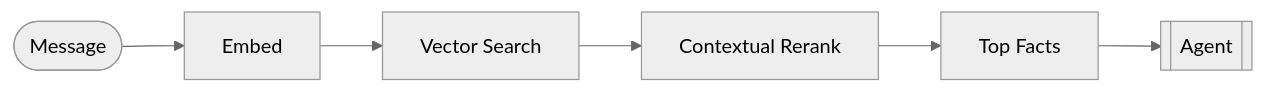
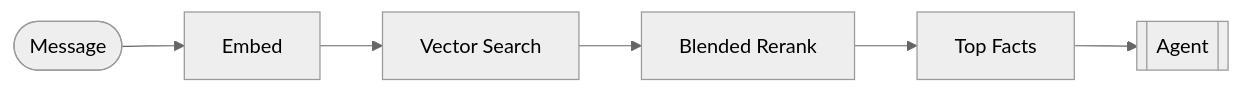
The second of 2 diagrams in README.md (Arav-Arun/Ledger), drawn with Mermaid (neutral theme) before and after one commit. The commit also changed other lines of this file and 10 other files, not shown here.

````diff
--- a/README.md
+++ b/README.md
@@ -41,4 +41,4 @@
 ```mermaid
 flowchart LR
-    M(["Message"]) --> E["Embed"] --> V["Vector Search"] --> RK["Contextual Rerank"] --> TOP["Top Facts"] --> AG[["Agent"]]
+    M(["Message"]) --> E["Embed"] --> V["Vector Search"] --> RK["Blended Rerank"] --> TOP["Top Facts"] --> AG[["Agent"]]
 ```
````
